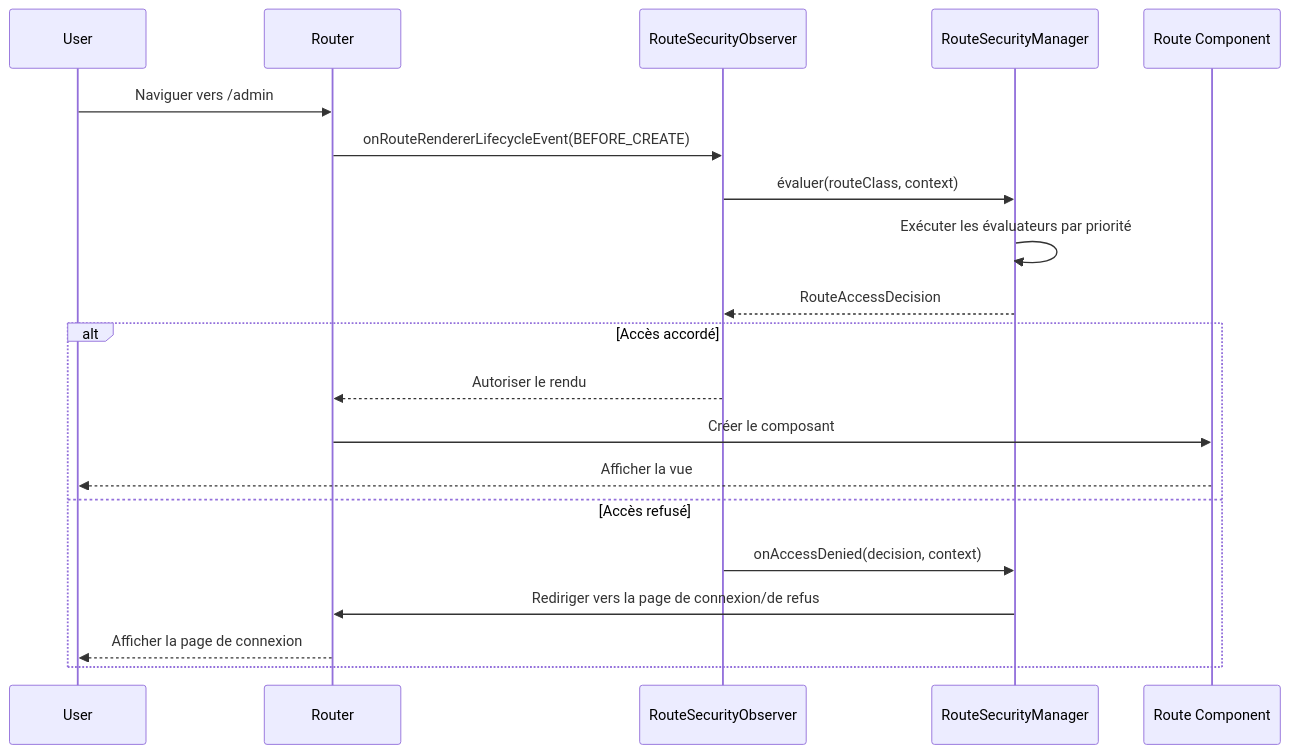
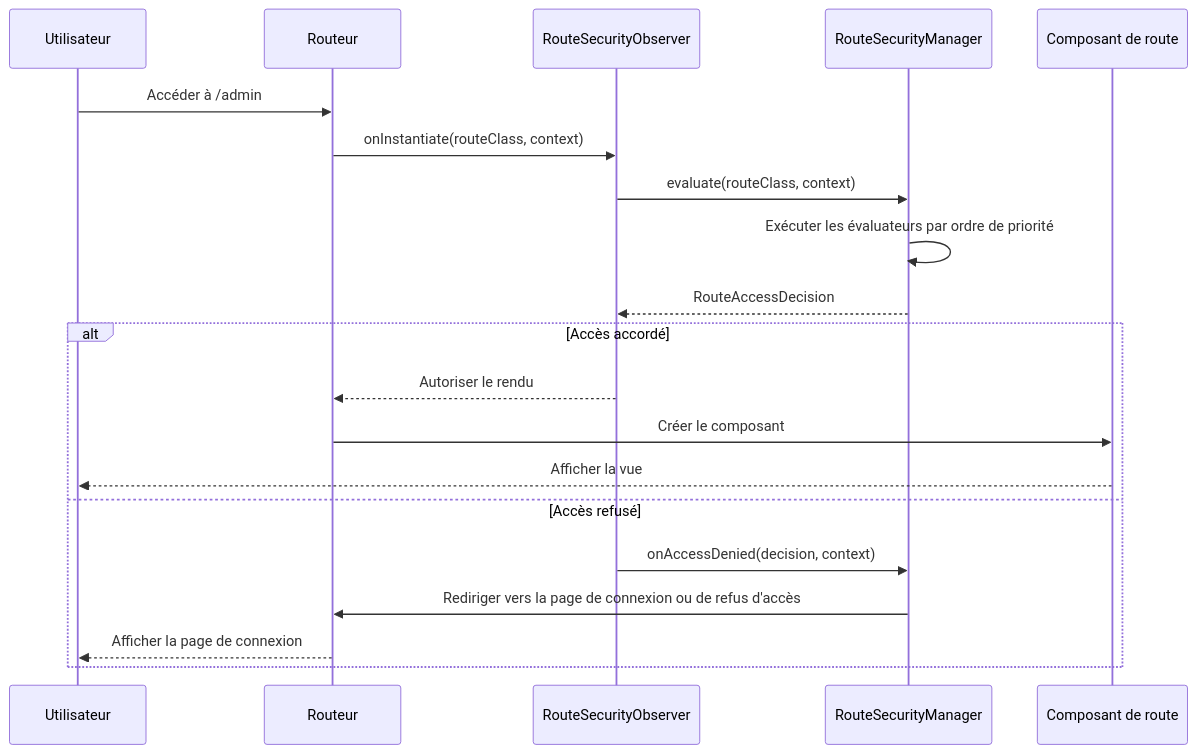
Before and after one commit to webforj/webforj-documentation: the diagram in docs/i18n/fr/docusaurus-plugin-content-docs/current/security/architecture/navigation-flow.md, drawn with Mermaid. The commit also changed other lines of this file and 385 other files, not shown here.

````diff
--- a/docs/i18n/fr/docusaurus-plugin-content-docs/current/security/architecture/navigation-flow.md
+++ b/docs/i18n/fr/docusaurus-plugin-content-docs/current/security/architecture/navigation-flow.md
@@ -33,24 +36,24 @@
 ```mermaid
 sequenceDiagram
-  participant User
-  participant Router
+  participant User as Utilisateur
+  participant Router as Routeur
   participant Observer as RouteSecurityObserver
   participant Manager as RouteSecurityManager
-  participant Component as Route Component
+  participant Component as Composant de route
 
-  User->>Router: Naviguer vers /admin
-  Router->>Observer: onRouteRendererLifecycleEvent(BEFORE_CREATE)
-  Observer->>Manager: évaluer(routeClass, context)
-  Manager->>Manager: Exécuter les évaluateurs par priorité
+  User->>Router: Accéder à /admin
+  Router->>Observer: onInstantiate(routeClass, context)
+  Observer->>Manager: evaluate(routeClass, context)
+  Manager->>Manager: Exécuter les évaluateurs par ordre de priorité
   Manager-->>Observer: RouteAccessDecision
 
   alt Accès accordé
     Observer-->>Router: Autoriser le rendu
     Router->>Component: Créer le composant
     Component-->>User: Afficher la vue
   else Accès refusé
     Observer->>Manager: onAccessDenied(decision, context)
-    Manager->>Router: Rediriger vers la page de connexion/de refus
+    Manager->>Router: Rediriger vers la page de connexion ou de refus d'accès
     Router-->>User: Afficher la page de connexion
   end
 ```
````
